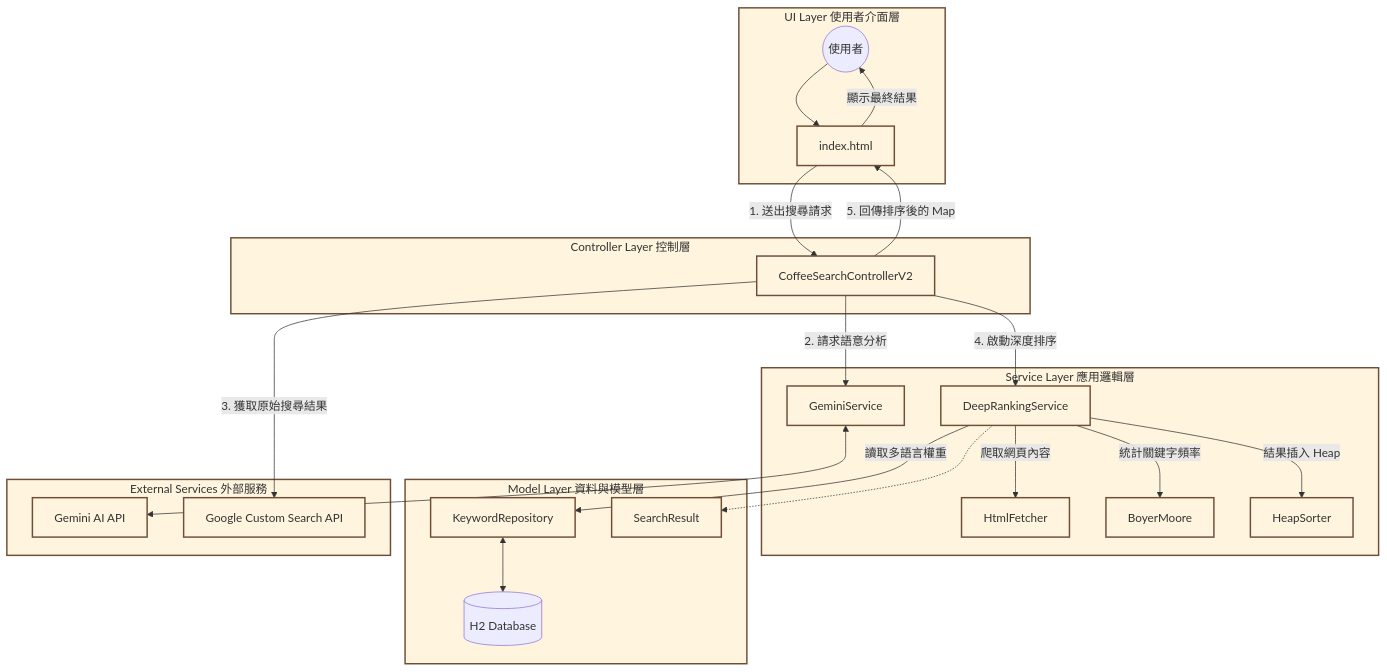
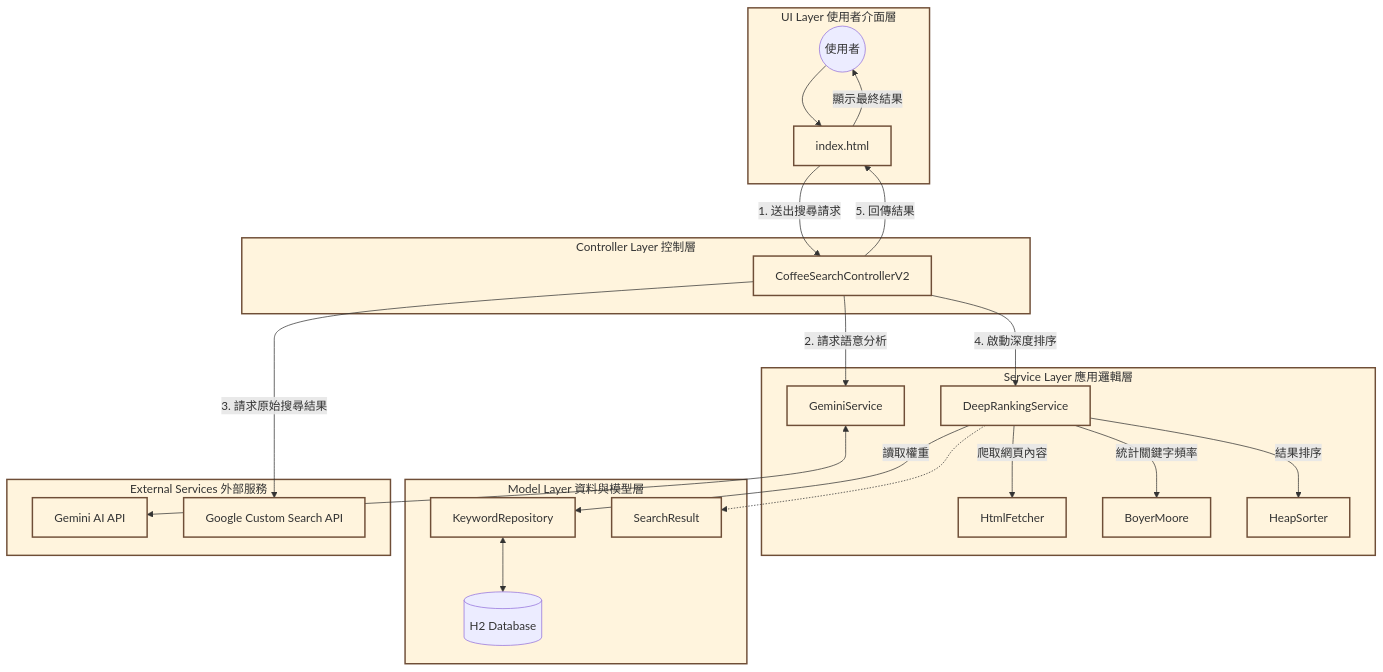
Before and after one commit to ylin08051005/DS_final_project: the first of 5 diagrams in README.md, drawn with Mermaid.

````diff
--- a/README.md
+++ b/README.md
@@ -4,67 +4,64 @@
 ```mermaid
 flowchart TD
     %% 全域樣式定義，統一使用淺橘色調
     classDef unifiedStyle fill:#fff4dd,stroke:#6F4E37,stroke-width:2px,color:#333
 
     %% 使用者介面層
     subgraph UI_Layer ["UI Layer 使用者介面層"]
         User((使用者))
         Index[index.html]
     end
 
     %% 控制層
     subgraph Controller_Layer ["Controller Layer 控制層"]
         C2[CoffeeSearchControllerV2]
     end
 
     %% 應用邏輯層
     subgraph Service_Layer ["Service Layer 應用邏輯層"]
         GS[GeminiService]
         DRS[DeepRankingService]
         HF[HtmlFetcher]
         BM[BoyerMoore]
         HS[HeapSorter]
     end
 
     %% 資料與模型層
     subgraph Model_Layer ["Model Layer 資料與模型層"]
         KR[KeywordRepository]
         SR[SearchResult]
         M_DB[(H2 Database)]
     end
 
-    %% 外部服務 (完全獨立的外部端點)
+    %% 外部服務 (完全獨立的兩個端點)
     subgraph External_Services ["External Services 外部服務"]
         GE_API[Gemini AI API]
         GS_API[Google Custom Search API]
     end
 
     %% 流程連線
     User --> Index
     Index -- "1. 送出搜尋請求" --> C2
     
-    %% 第一階段：呼叫 Gemini 進行分析 (獨立路徑)
+    %% 修正後的獨立連線路徑
     C2 -- "2. 請求語意分析" --> GS
     GS <--> GE_API
     
-    %% 第二階段：呼叫 Google 進行搜尋 (獨立路徑)
-    C2 -- "3. 獲取原始搜尋結果" --> GS_API
+    C2 -- "3. 請求原始搜尋結果" --> GS_API
     
-    %% 第三階段：執行深度排序與爬蟲邏輯
+    %% 後續處理邏輯
     C2 -- "4. 啟動深度排序" --> DRS
     DRS -- "爬取網頁內容" --> HF
     DRS -- "統計關鍵字頻率" --> BM
-    DRS -- "結果插入 Heap" --> HS
+    DRS -- "結果排序" --> HS
     
-    %% 資料存取
-    DRS -- "讀取多語言權重" --> KR
+    DRS -- "讀取權重" --> KR
     KR <--> M_DB
     
-    %% 模型封裝與回傳
     DRS -.-> SR
-    C2 -- "5. 回傳排序後的 Map" --> Index
+    C2 -- "5. 回傳結果" --> Index
     Index -- "顯示最終結果" --> User
 
     %% 套用統一顏色樣式
     class UI_Layer,Controller_Layer,Service_Layer,Model_Layer,External_Services,Index,C2,GS,DRS,HF,BM,HS,KR,SR,GE_API,GS_API unifiedStyle
 ```
````
